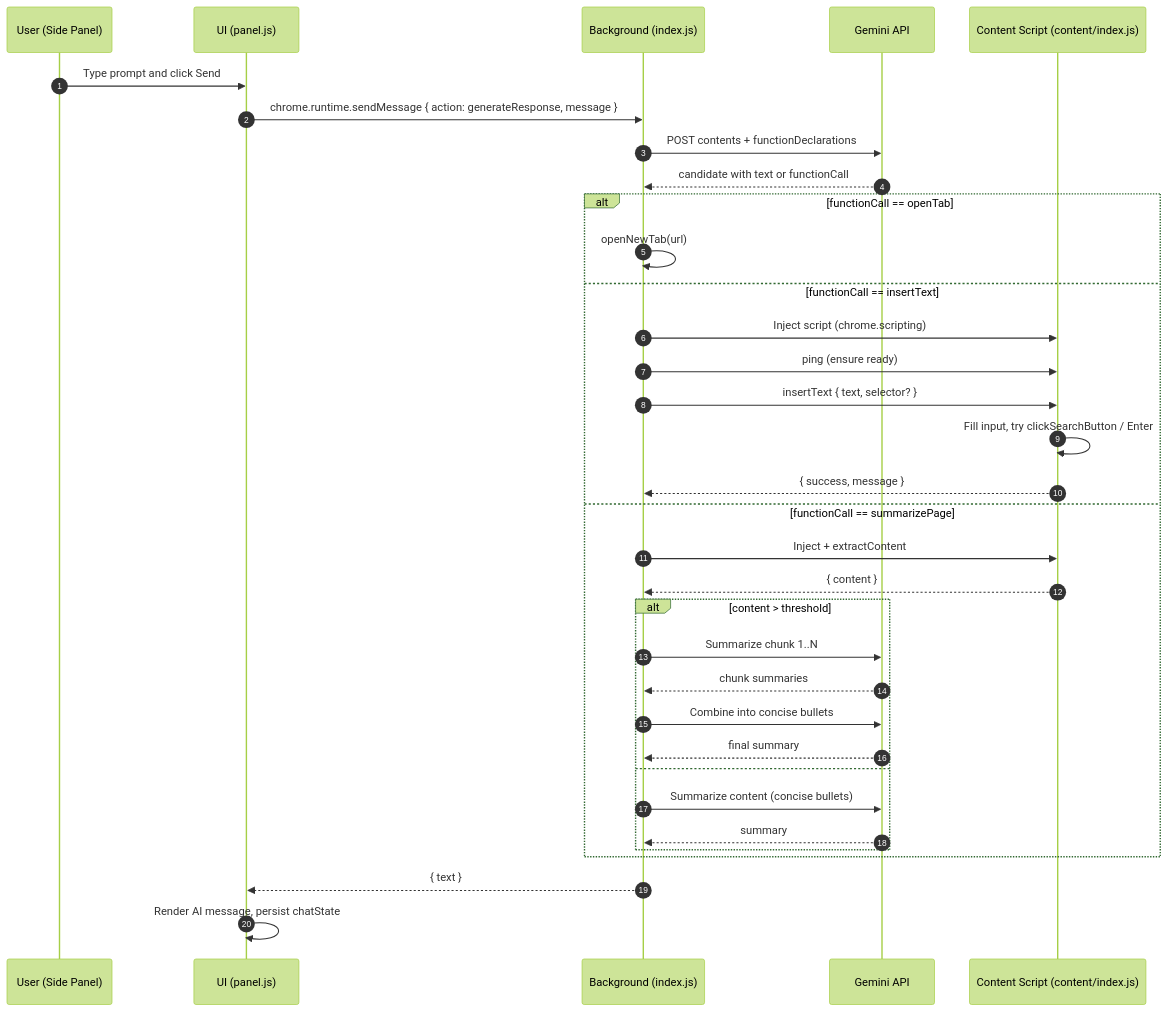
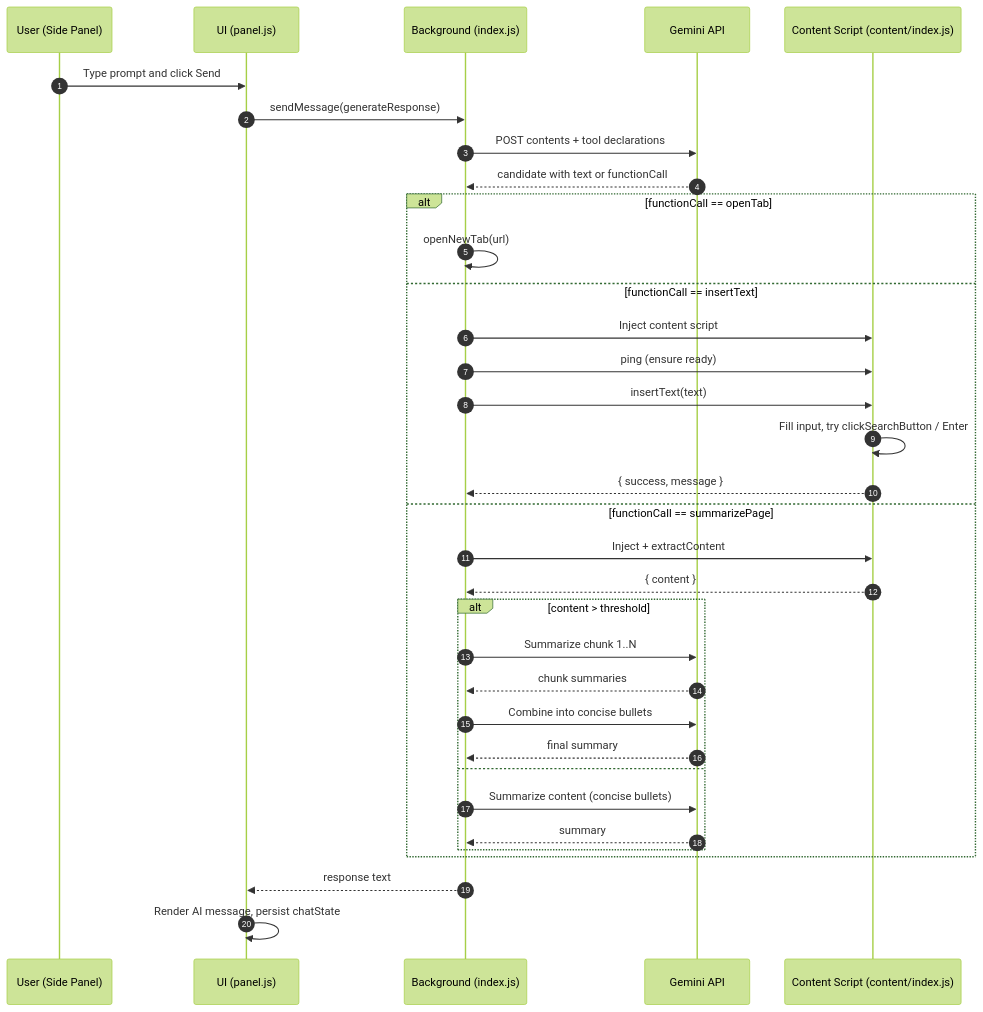
One commit to praneeth4040/Fustun-AiStudyingBuddie changed the first of 4 diagrams in CodeInformation.md. Above: the diagram before and after it, drawn with Mermaid (forest theme). The commit also changed other lines of this file, not shown here.

Commit message:
Refactor sequence diagrams in CodeInformation.md for clarity and consistency. Update action names and descriptions for better understanding of the content summarization and text insertion flows.

````diff
--- a/CodeInformation.md
+++ b/CodeInformation.md
@@ -177,37 +177,37 @@
 ```mermaid
 sequenceDiagram
   autonumber
   participant U as User (Side Panel)
   participant UI as UI (panel.js)
   participant BG as Background (index.js)
   participant GM as Gemini API
   participant CT as Content Script (content/index.js)
 
   U->>UI: Type prompt and click Send
-  UI->>BG: chrome.runtime.sendMessage { action: generateResponse, message }
-  BG->>GM: POST contents + functionDeclarations
+  UI->>BG: sendMessage(generateResponse)
+  BG->>GM: POST contents + tool declarations
   GM-->>BG: candidate with text or functionCall
   alt functionCall == openTab
     BG->>BG: openNewTab(url)
   else functionCall == insertText
-    BG->>CT: Inject script (chrome.scripting)
+    BG->>CT: Inject content script
     BG->>CT: ping (ensure ready)
-    BG->>CT: insertText { text, selector? }
+    BG->>CT: insertText(text)
     CT->>CT: Fill input, try clickSearchButton / Enter
     CT-->>BG: { success, message }
   else functionCall == summarizePage
     BG->>CT: Inject + extractContent
     CT-->>BG: { content }
     alt content > threshold
       BG->>GM: Summarize chunk 1..N
       GM-->>BG: chunk summaries
       BG->>GM: Combine into concise bullets
       GM-->>BG: final summary
     else
       BG->>GM: Summarize content (concise bullets)
       GM-->>BG: summary
     end
   end
-  BG-->>UI: { text }
+  BG-->>UI: response text
   UI->>UI: Render AI message, persist chatState
 ```
````
